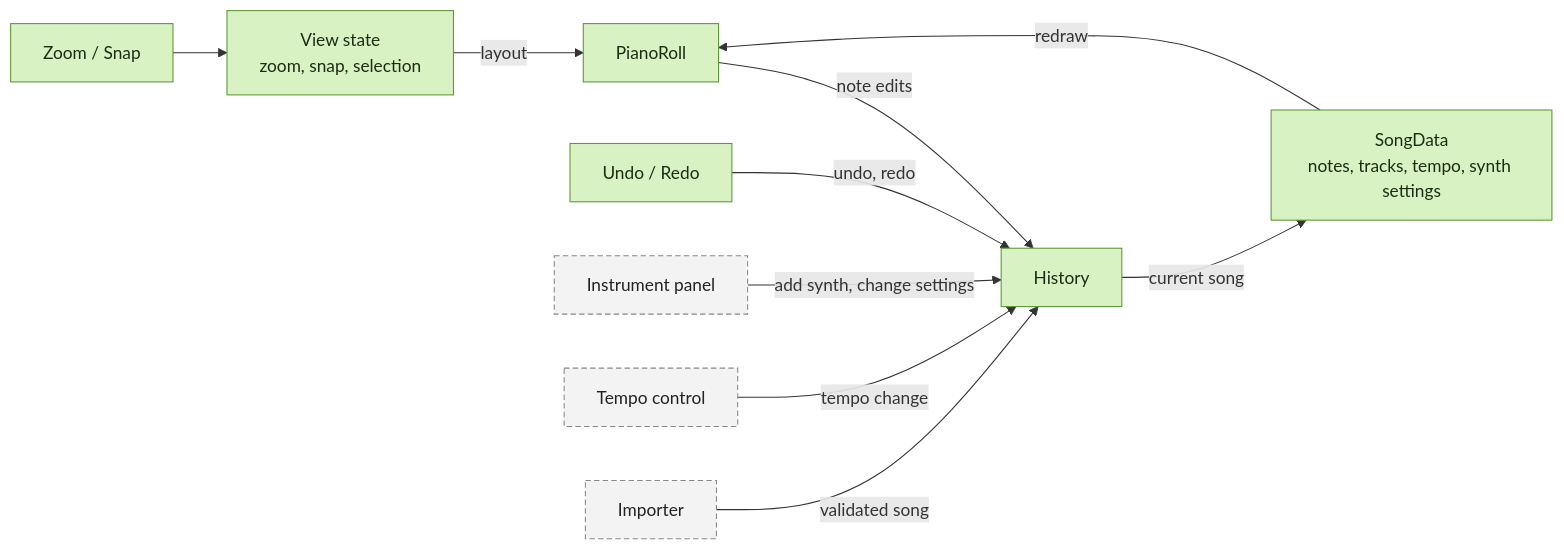
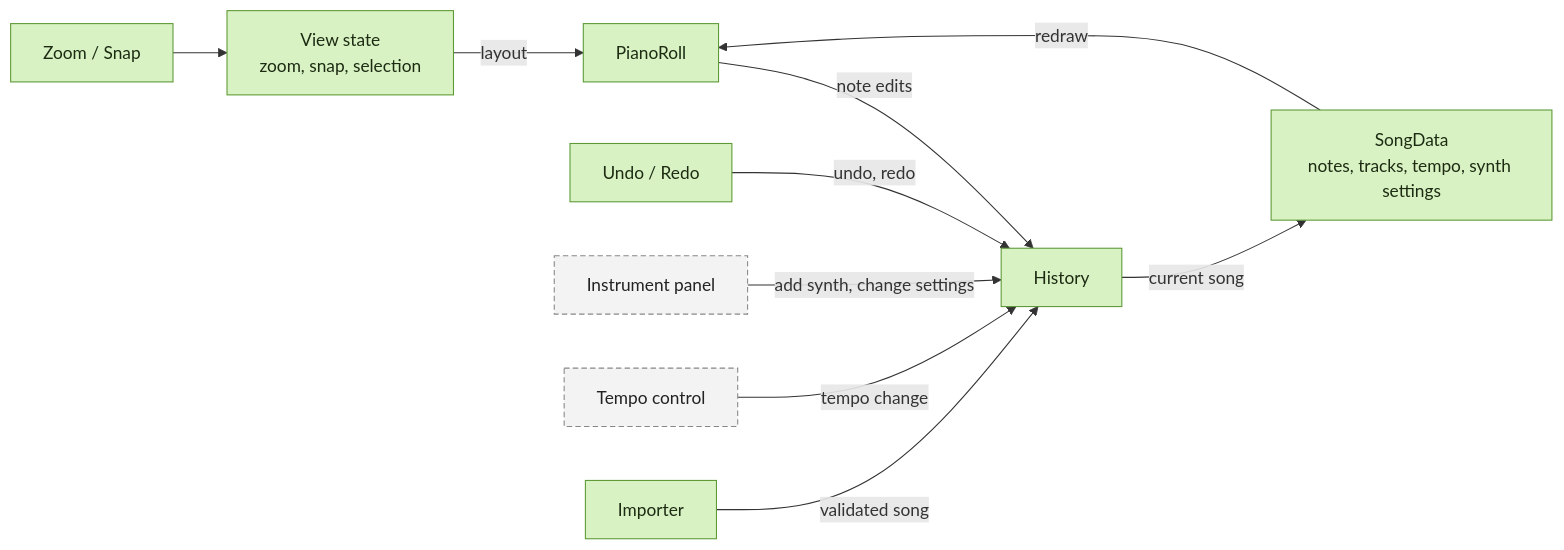
The first of 3 diagrams in docs/architecture.md (Chris301000/CS180Project), drawn with Mermaid before and after one commit. The commit also changed other lines of this file and 4 other files, not shown here.

````diff
--- a/docs/architecture.md
+++ b/docs/architecture.md
@@ -16,17 +16,17 @@
 ```mermaid
 flowchart LR
   Roll["PianoRoll"] -- "note edits" --> History["History"]
   UndoRedo["Undo / Redo"] -- "undo, redo" --> History
   Instruments["Instrument panel"] -- "add synth, change settings" --> History
   Tempo["Tempo control"] -- "tempo change" --> History
   Importer["Importer"] -- "validated song" --> History
   History -- "current song" --> Song["SongData<br/>notes, tracks, tempo, synth settings"]
   Song -- "redraw" --> Roll
   View["Zoom / Snap"] --> ViewState["View state<br/>zoom, snap, selection"]
   ViewState -- "layout" --> Roll
 
   classDef built fill:#d9f2c4,stroke:#5d9a36,color:#1c2b12
   classDef planned fill:#f3f3f3,stroke:#888,color:#222,stroke-dasharray:5 3
-  class Roll,UndoRedo,View,History,Song,ViewState built
-  class Instruments,Tempo,Importer planned
+  class Roll,UndoRedo,View,History,Song,ViewState,Importer built
+  class Instruments,Tempo planned
 ```
````
